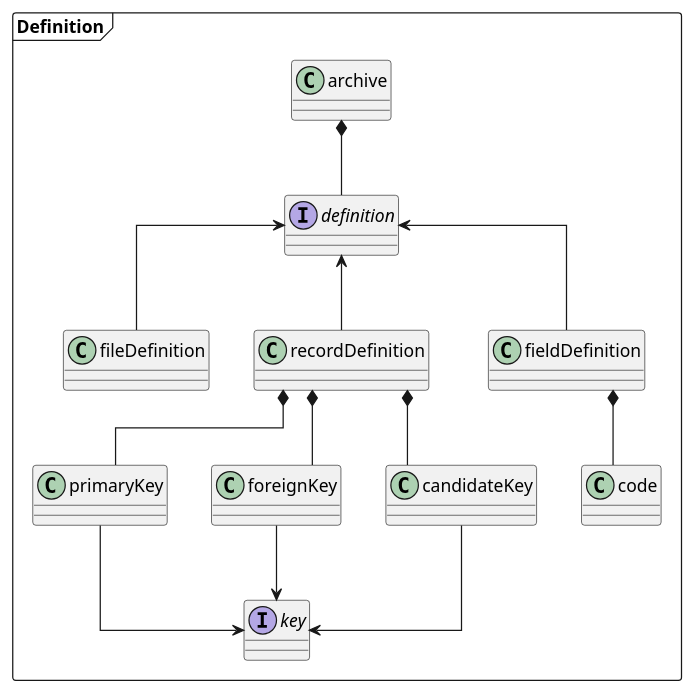
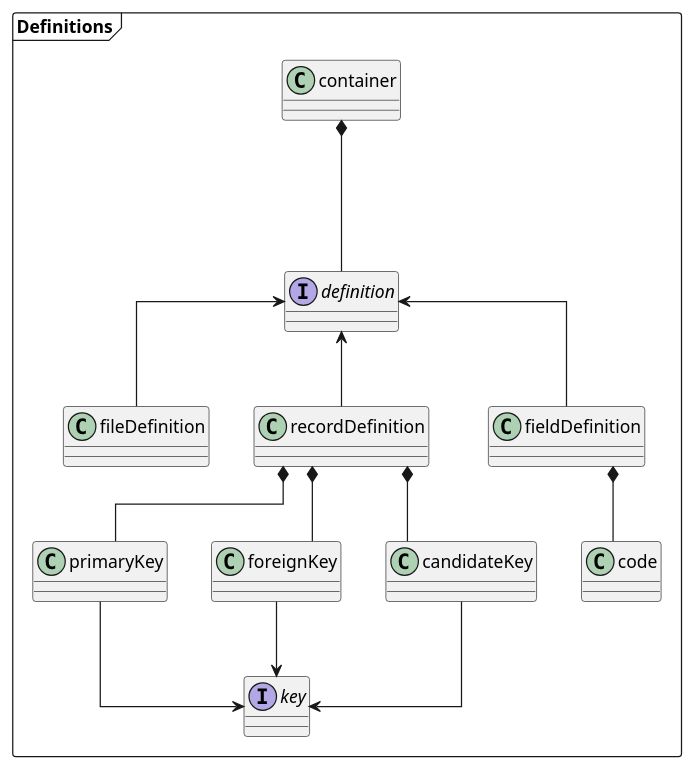
Before and after one commit to joergen-vs/73027c42-c2cd-4c62-b1f4-2532c0eb8dab: the diagram in usage/aspirations/umls/uml-definition.puml, drawn with PlantUML. The commit also changed 3 other files, not shown here.

Commit message:
Making types and definitions available for all kinds of container

```diff
--- a/usage/aspirations/umls/uml-definition.puml
+++ b/usage/aspirations/umls/uml-definition.puml
@@ -1,25 +1,25 @@
 @startuml
 skinparam linetype polyline
 skinparam linetype ortho
 
-package "Definition" <<Frame>> {
-archive *-- definition
+package "Definitions" <<Frame>> {
+container *--- definition
 
 interface definition
 interface key
 
 definition <-- fileDefinition
 definition <-- recordDefinition
 definition <-- fieldDefinition
 
 recordDefinition *-- primaryKey
 recordDefinition *-- foreignKey
 recordDefinition *-- candidateKey
 primaryKey --> key
 foreignKey --> key
 candidateKey --> key
 
 fieldDefinition *-- code
 }
 
 @enduml
```
